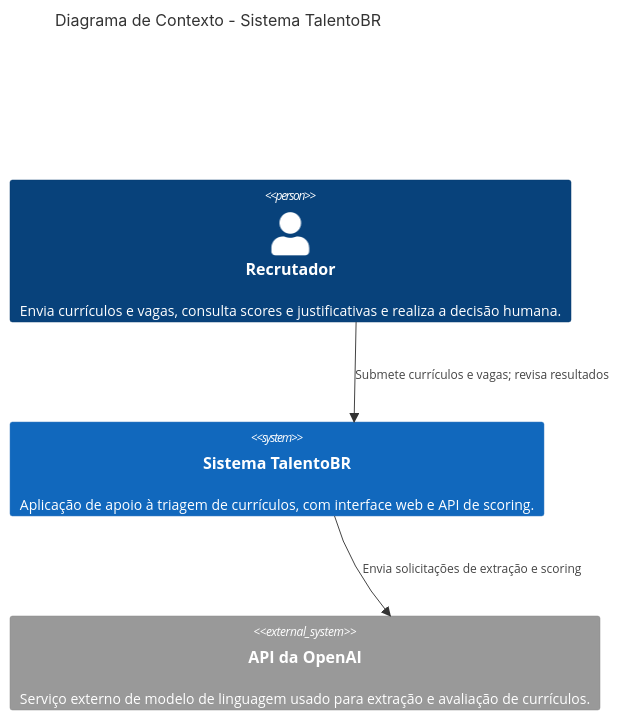
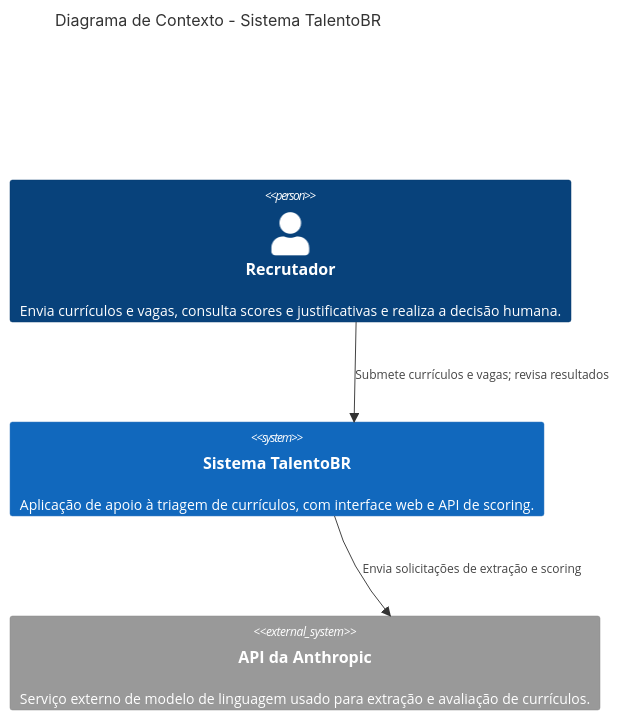
The first of 2 diagrams in docs/arquitetura.md (Barbara-Roberta-Marchinski/ai-factory-talentobr), drawn with Mermaid before and after one commit. The commit also changed other lines of this file and 8 other files, not shown here.

Commit message:
feat: migra provedor de LLM da OpenAI para Anthropic, adiciona testes e atualiza docs

````diff
--- a/docs/arquitetura.md
+++ b/docs/arquitetura.md
@@ -9,11 +9,11 @@
 ```mermaid
 C4Context
     title Diagrama de Contexto - Sistema TalentoBR
 
     Person(recruiter, "Recrutador", "Envia currículos e vagas, consulta scores e justificativas e realiza a decisão humana.")
     System(talentobr, "Sistema TalentoBR", "Aplicação de apoio à triagem de currículos, com interface web e API de scoring.")
-    System_Ext(openai, "API da OpenAI", "Serviço externo de modelo de linguagem usado para extração e avaliação de currículos.")
+    System_Ext(anthropic, "API da Anthropic", "Serviço externo de modelo de linguagem usado para extração e avaliação de currículos.")
 
     Rel(recruiter, talentobr, "Submete currículos e vagas; revisa resultados")
-    Rel(talentobr, openai, "Envia solicitações de extração e scoring")
+    Rel(talentobr, anthropic, "Envia solicitações de extração e scoring")
 ```
````
